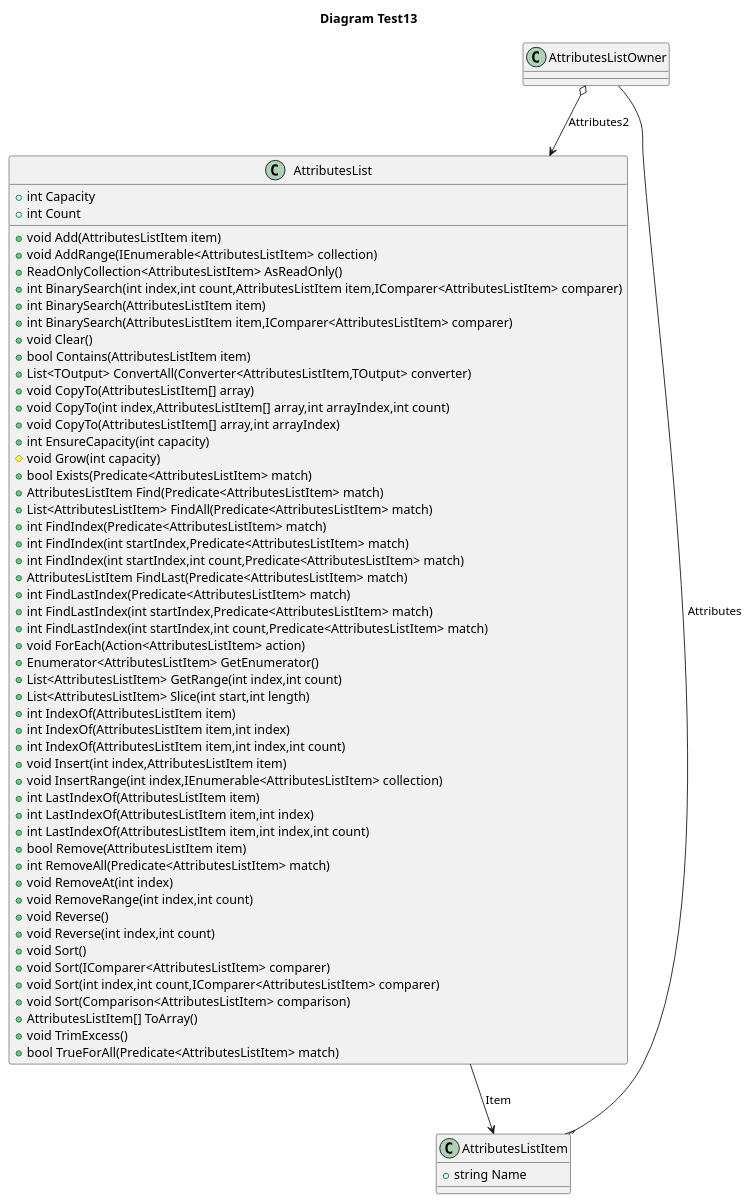
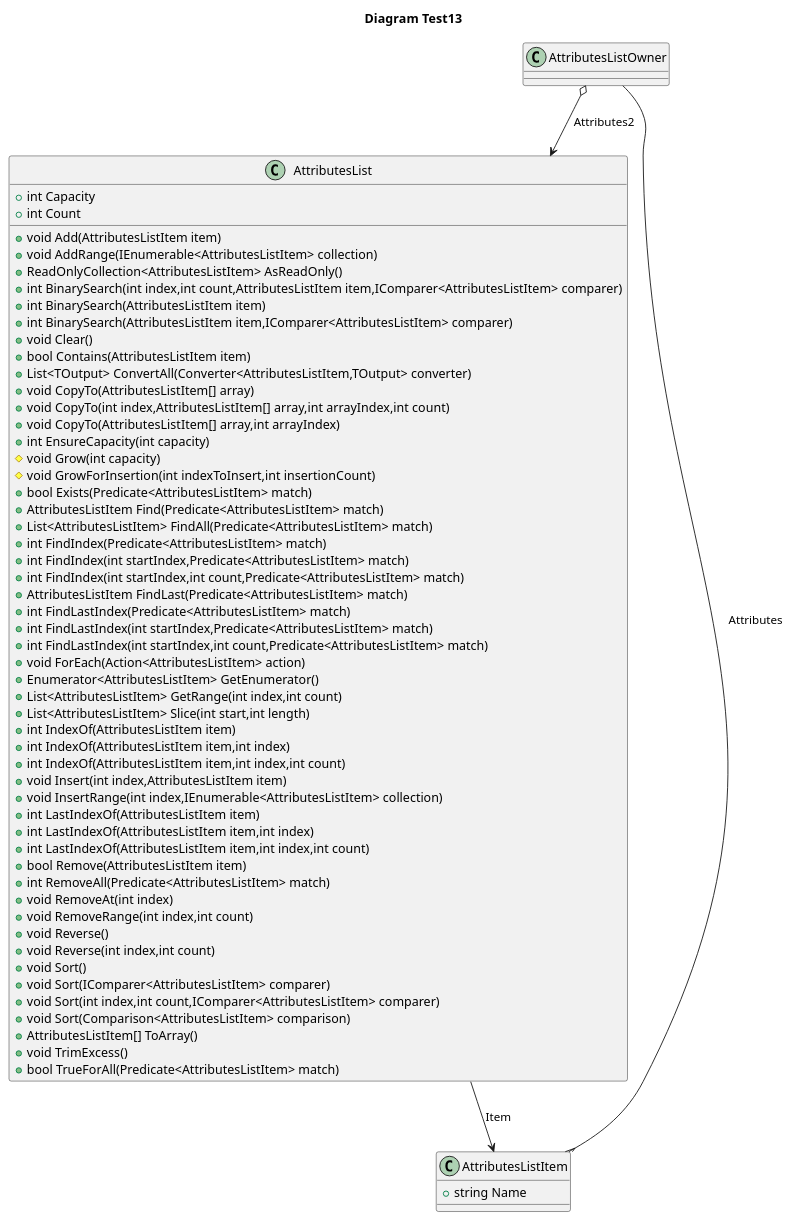
Before and after one commit to isukces/AutoUml: the diagram in docs/testsResults/T13_Should_do_not_convert_collections.puml, drawn with PlantUML. The commit also changed 5 other files, not shown here.

```diff
--- a/docs/testsResults/T13_Should_do_not_convert_collections.puml
+++ b/docs/testsResults/T13_Should_do_not_convert_collections.puml
@@ -1,71 +1,72 @@
 @startuml
 title
  Diagram Test13
 end title
 
 class AttributesListOwner
 {
 }
 class AttributesList
 {
     +int Capacity
     +int Count
     +void Add(AttributesListItem item)
     +void AddRange(IEnumerable<AttributesListItem> collection)
     +ReadOnlyCollection<AttributesListItem> AsReadOnly()
     +int BinarySearch(int index,int count,AttributesListItem item,IComparer<AttributesListItem> comparer)
     +int BinarySearch(AttributesListItem item)
     +int BinarySearch(AttributesListItem item,IComparer<AttributesListItem> comparer)
     +void Clear()
     +bool Contains(AttributesListItem item)
     +List<TOutput> ConvertAll(Converter<AttributesListItem,TOutput> converter)
     +void CopyTo(AttributesListItem[] array)
     +void CopyTo(int index,AttributesListItem[] array,int arrayIndex,int count)
     +void CopyTo(AttributesListItem[] array,int arrayIndex)
     +int EnsureCapacity(int capacity)
     #void Grow(int capacity)
+    #void GrowForInsertion(int indexToInsert,int insertionCount)
     +bool Exists(Predicate<AttributesListItem> match)
     +AttributesListItem Find(Predicate<AttributesListItem> match)
     +List<AttributesListItem> FindAll(Predicate<AttributesListItem> match)
     +int FindIndex(Predicate<AttributesListItem> match)
     +int FindIndex(int startIndex,Predicate<AttributesListItem> match)
     +int FindIndex(int startIndex,int count,Predicate<AttributesListItem> match)
     +AttributesListItem FindLast(Predicate<AttributesListItem> match)
     +int FindLastIndex(Predicate<AttributesListItem> match)
     +int FindLastIndex(int startIndex,Predicate<AttributesListItem> match)
     +int FindLastIndex(int startIndex,int count,Predicate<AttributesListItem> match)
     +void ForEach(Action<AttributesListItem> action)
     +Enumerator<AttributesListItem> GetEnumerator()
     +List<AttributesListItem> GetRange(int index,int count)
     +List<AttributesListItem> Slice(int start,int length)
     +int IndexOf(AttributesListItem item)
     +int IndexOf(AttributesListItem item,int index)
     +int IndexOf(AttributesListItem item,int index,int count)
     +void Insert(int index,AttributesListItem item)
     +void InsertRange(int index,IEnumerable<AttributesListItem> collection)
     +int LastIndexOf(AttributesListItem item)
     +int LastIndexOf(AttributesListItem item,int index)
     +int LastIndexOf(AttributesListItem item,int index,int count)
     +bool Remove(AttributesListItem item)
     +int RemoveAll(Predicate<AttributesListItem> match)
     +void RemoveAt(int index)
     +void RemoveRange(int index,int count)
     +void Reverse()
     +void Reverse(int index,int count)
     +void Sort()
     +void Sort(IComparer<AttributesListItem> comparer)
     +void Sort(int index,int count,IComparer<AttributesListItem> comparer)
     +void Sort(Comparison<AttributesListItem> comparison)
     +AttributesListItem[] ToArray()
     +void TrimExcess()
     +bool TrueForAll(Predicate<AttributesListItem> match)
 }
 class AttributesListItem
 {
     +string Name
 }
 
 AttributesListOwner --{ AttributesListItem:Attributes
 AttributesListOwner o--> AttributesList:Attributes2
 AttributesList --> AttributesListItem:Item
 @enduml
```
